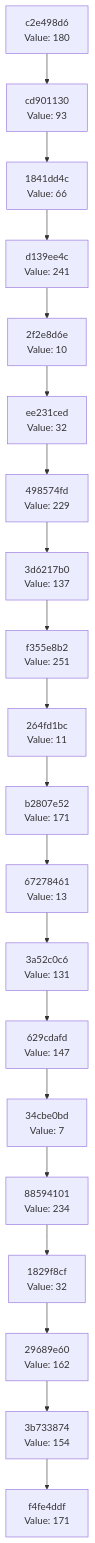
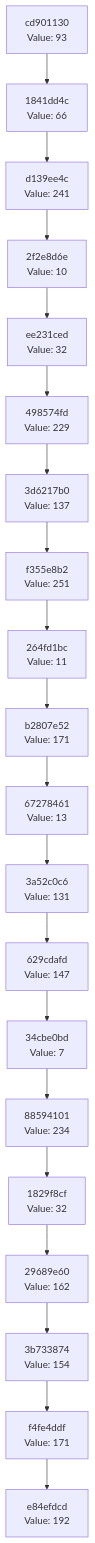
Before and after one commit to Abhisheksinha1506/hash-chain-evolver: the diagram in docs/CHAIN_VISUALIZATION.md, drawn with Mermaid. The commit also changed 3 other files, not shown here.

````diff
--- a/docs/CHAIN_VISUALIZATION.md
+++ b/docs/CHAIN_VISUALIZATION.md
@@ -3,42 +3,42 @@
 ```mermaid
 graph TD
-    C0["f4fe4ddf<br/>Value: 171"]
-    C1["3b733874<br/>Value: 154"]
+    C0["e84efdcd<br/>Value: 192"]
+    C1["f4fe4ddf<br/>Value: 171"]
     C1 --> C0
-    C2["29689e60<br/>Value: 162"]
+    C2["3b733874<br/>Value: 154"]
     C2 --> C1
-    C3["1829f8cf<br/>Value: 32"]
+    C3["29689e60<br/>Value: 162"]
     C3 --> C2
-    C4["88594101<br/>Value: 234"]
+    C4["1829f8cf<br/>Value: 32"]
     C4 --> C3
-    C5["34cbe0bd<br/>Value: 7"]
+    C5["88594101<br/>Value: 234"]
     C5 --> C4
-    C6["629cdafd<br/>Value: 147"]
+    C6["34cbe0bd<br/>Value: 7"]
     C6 --> C5
-    C7["3a52c0c6<br/>Value: 131"]
+    C7["629cdafd<br/>Value: 147"]
     C7 --> C6
-    C8["67278461<br/>Value: 13"]
+    C8["3a52c0c6<br/>Value: 131"]
     C8 --> C7
-    C9["b2807e52<br/>Value: 171"]
+    C9["67278461<br/>Value: 13"]
     C9 --> C8
-    C10["264fd1bc<br/>Value: 11"]
+    C10["b2807e52<br/>Value: 171"]
     C10 --> C9
-    C11["f355e8b2<br/>Value: 251"]
+    C11["264fd1bc<br/>Value: 11"]
     C11 --> C10
-    C12["3d6217b0<br/>Value: 137"]
+    C12["f355e8b2<br/>Value: 251"]
     C12 --> C11
-    C13["498574fd<br/>Value: 229"]
+    C13["3d6217b0<br/>Value: 137"]
     C13 --> C12
-    C14["ee231ced<br/>Value: 32"]
+    C14["498574fd<br/>Value: 229"]
     C14 --> C13
-    C15["2f2e8d6e<br/>Value: 10"]
+    C15["ee231ced<br/>Value: 32"]
     C15 --> C14
-    C16["d139ee4c<br/>Value: 241"]
+    C16["2f2e8d6e<br/>Value: 10"]
     C16 --> C15
-    C17["1841dd4c<br/>Value: 66"]
+    C17["d139ee4c<br/>Value: 241"]
     C17 --> C16
-    C18["cd901130<br/>Value: 93"]
+    C18["1841dd4c<br/>Value: 66"]
     C18 --> C17
-    C19["c2e498d6<br/>Value: 180"]
+    C19["cd901130<br/>Value: 93"]
     C19 --> C18
 ```
````
